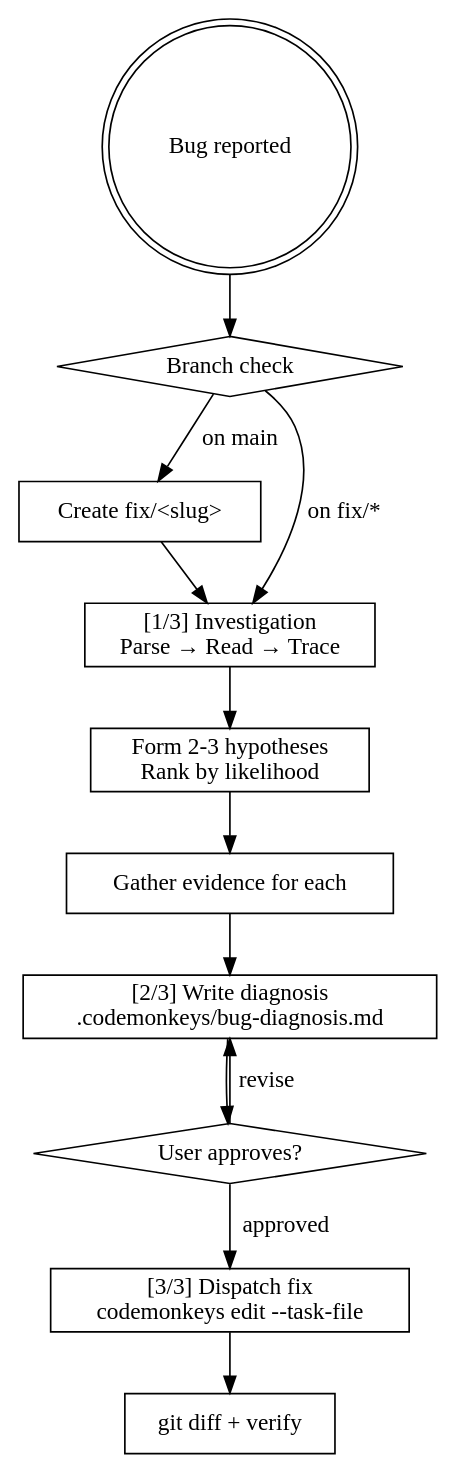
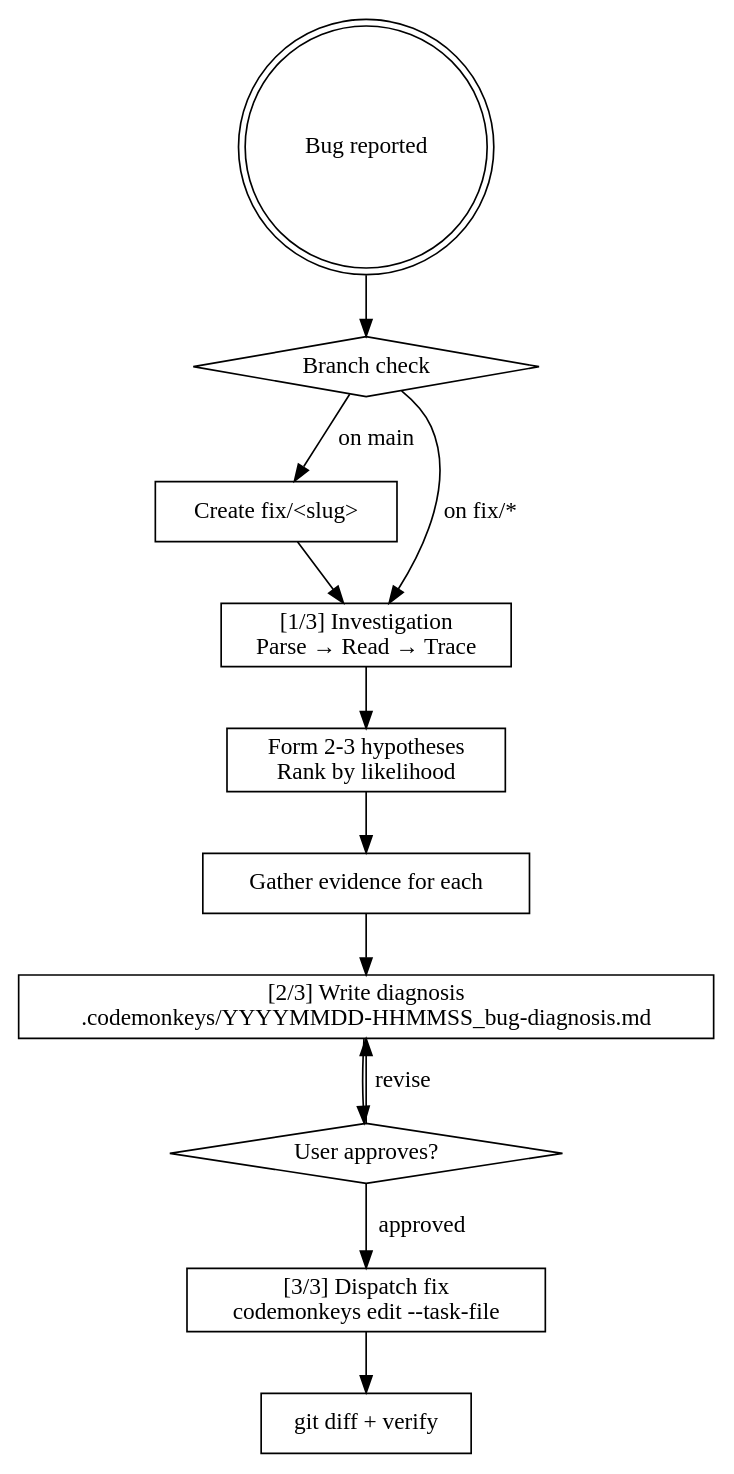
One commit to FlipYourBits/agentpipe changed the diagram in .claude/skills/codemonkeys-bugfix/SKILL.md. Above: the diagram before and after it, drawn with Graphviz. The commit also changed other lines of this file and 13 other files, not shown here.

````diff
--- a/.claude/skills/codemonkeys-bugfix/SKILL.md
+++ b/.claude/skills/codemonkeys-bugfix/SKILL.md
@@ -12,26 +12,26 @@
 ```dot
 digraph bugfix {
   rankdir=TB; node [shape=box];
   start [label="Bug reported" shape=doublecircle];
   branch [label="Branch check" shape=diamond];
   create [label="Create fix/<slug>"];
   investigate [label="[1/3] Investigation\nParse → Read → Trace"];
   hypotheses [label="Form 2-3 hypotheses\nRank by likelihood"];
   evidence [label="Gather evidence for each"];
-  diagnose [label="[2/3] Write diagnosis\n.codemonkeys/bug-diagnosis.md"];
+  diagnose [label="[2/3] Write diagnosis\n.codemonkeys/YYYYMMDD-HHMMSS_bug-diagnosis.md"];
   gate [label="User approves?" shape=diamond];
   fix [label="[3/3] Dispatch fix\ncodemonkeys edit --task-file"];
   verify [label="git diff + verify"];
   start -> branch;
   branch -> create [label="on main"];
   branch -> investigate [label="on fix/*"];
   create -> investigate;
   investigate -> hypotheses;
   hypotheses -> evidence;
   evidence -> diagnose;
   diagnose -> gate;
   gate -> fix [label="approved"];
   gate -> diagnose [label="revise"];
   fix -> verify;
 }
 ```
````
